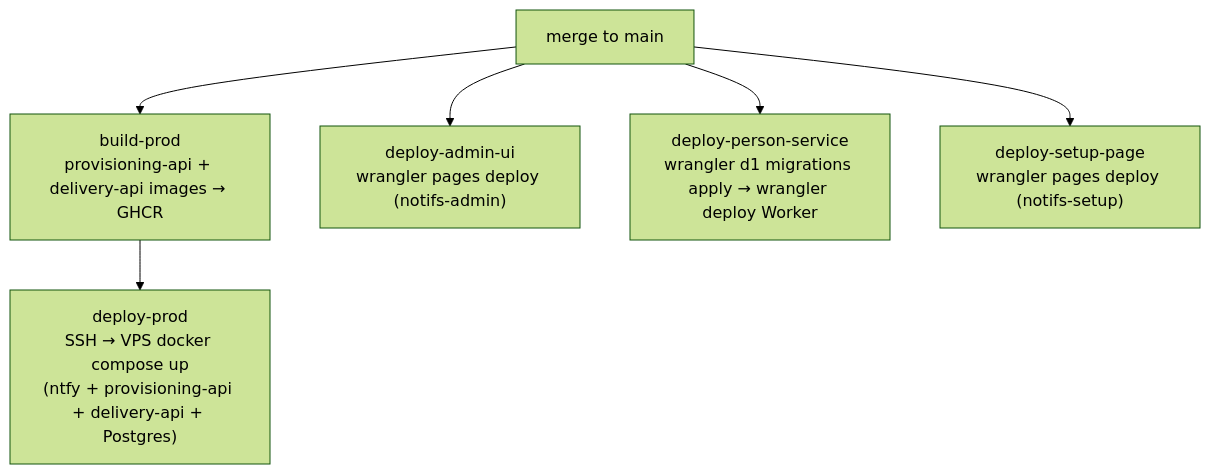
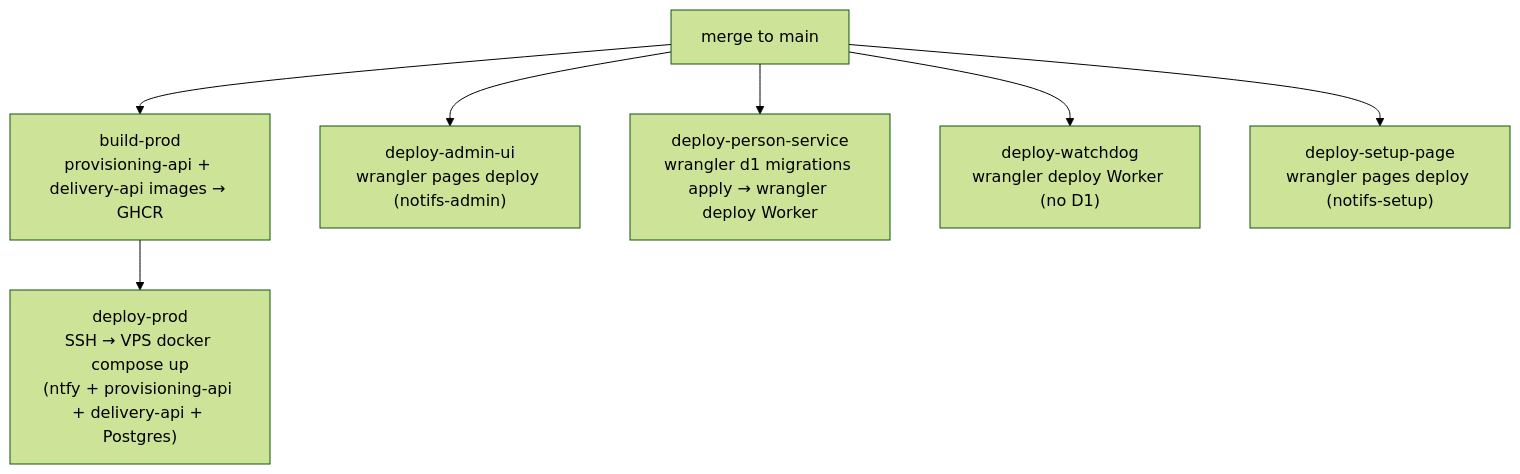
One commit to 4IRL/4irl-notifs changed the fourth of 4 diagrams in ARCHITECTURE.md. Above: the diagram before and after it, drawn with Mermaid (forest theme). The commit also changed other lines of this file and 3 other files, not shown here.

````diff
--- a/ARCHITECTURE.md
+++ b/ARCHITECTURE.md
@@ -453,8 +475,9 @@
 ```mermaid
 graph TD
   M["merge to main"] --> B["build-prod<br/>provisioning-api + delivery-api images → GHCR"]
   B --> D1J["deploy-prod<br/>SSH → VPS docker compose up<br/>(ntfy + provisioning-api + delivery-api + Postgres)"]
   M --> D2["deploy-admin-ui<br/>wrangler pages deploy (notifs-admin)"]
   M --> D3["deploy-person-service<br/>wrangler d1 migrations apply → wrangler deploy Worker"]
-  M --> D4["deploy-setup-page<br/>wrangler pages deploy (notifs-setup)"]
+  M --> D4["deploy-watchdog<br/>wrangler deploy Worker (no D1)"]
+  M --> D5["deploy-setup-page<br/>wrangler pages deploy (notifs-setup)"]
 ```
````
